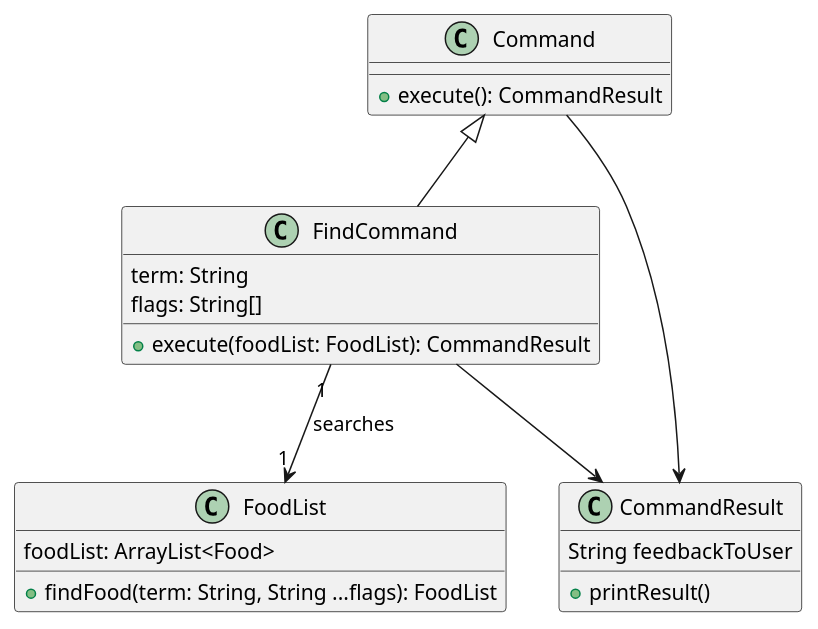
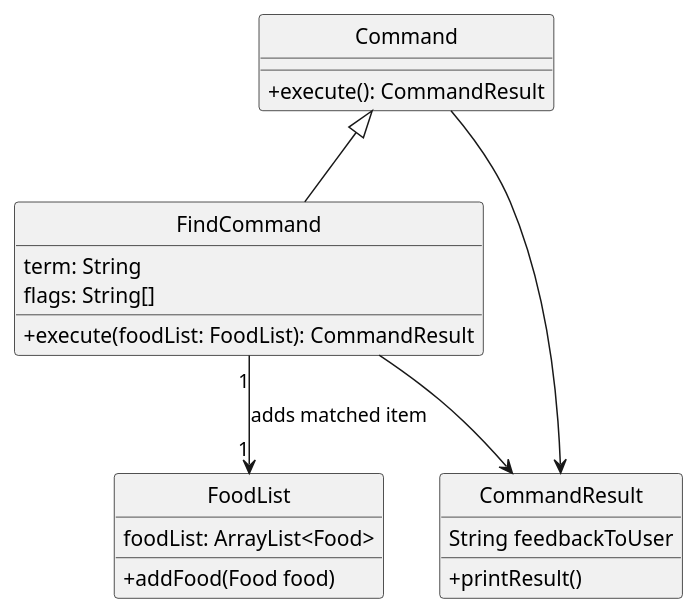
The diagram in docs/puml/FindCommandClassDiagram.puml (tsx0314/tp), drawn with PlantUML before and after one commit. The commit also changed 10 other files, not shown here.

```diff
--- a/docs/puml/FindCommandClassDiagram.puml
+++ b/docs/puml/FindCommandClassDiagram.puml
@@ -1,27 +1,29 @@
 @startuml
+hide circle
+skinparam classAttributeIconSize 0
 
 Command <|-- FindCommand
 class Command {
     +execute(): CommandResult
 }
 
 class CommandResult {
     String feedbackToUser
     +printResult()
 }
 class FindCommand {
     term: String
     flags: String[]
     +execute(foodList: FoodList): CommandResult
 }
 
 
-FindCommand "1" --> "1" FoodList : searches
+FindCommand "1" --> "1" FoodList: adds matched item
 Command  --> CommandResult
 FindCommand  --> CommandResult
 
 class FoodList {
-    +findFood(term: String, String ...flags): FoodList
+    +addFood(Food food)
     foodList: ArrayList<Food>
 }
 @enduml
```
